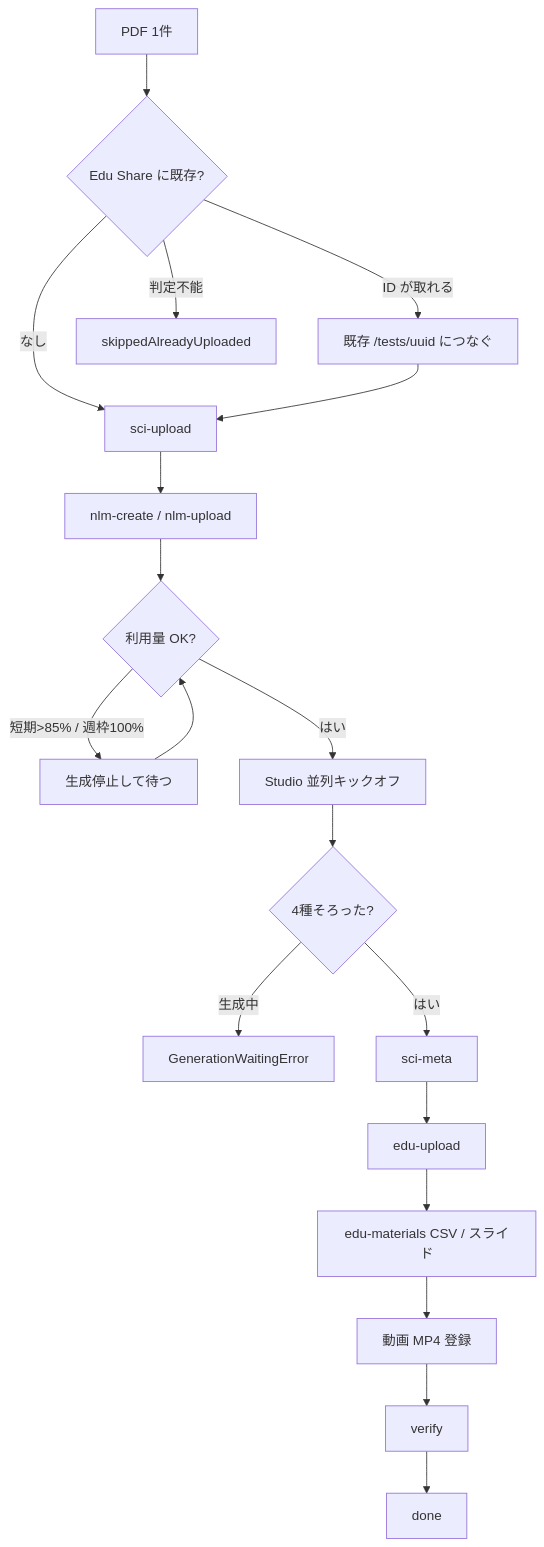
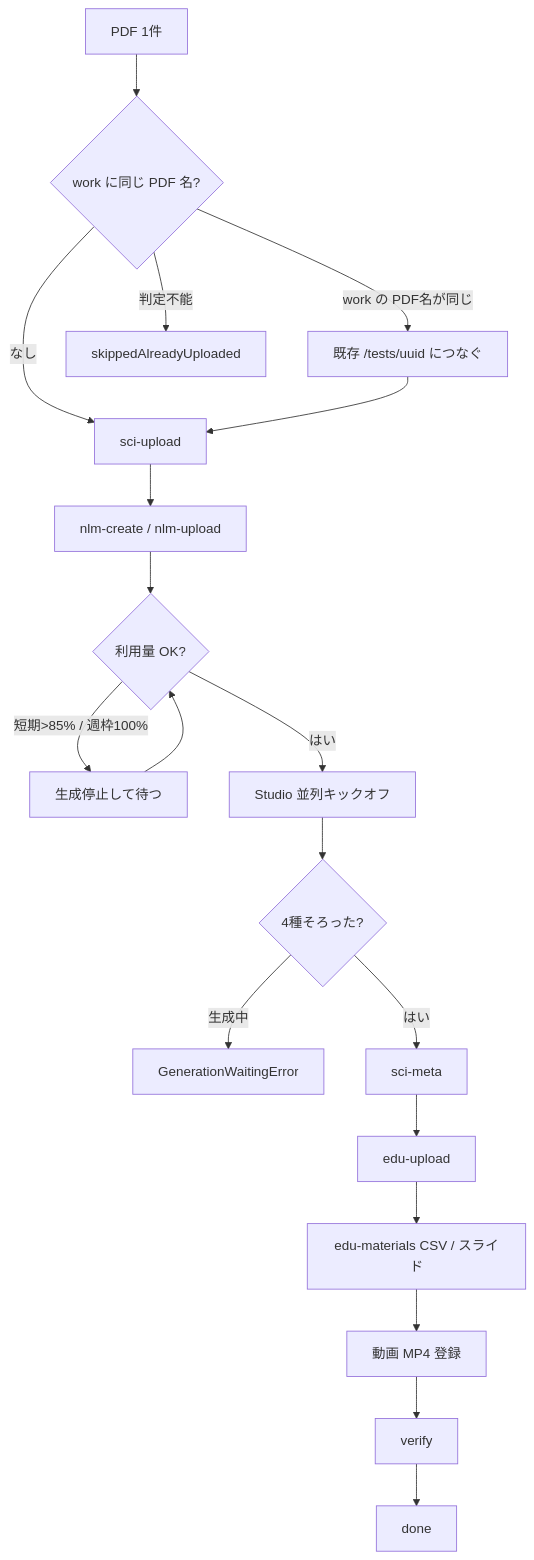
One commit to doren-hub/Edu-Share changed the second of 4 diagrams in tools/paper-pipeline/docs/flow.md. Above: the diagram before and after it, drawn with Mermaid. The commit also changed other lines of this file and 45 other files, not shown here.

````diff
--- a/tools/paper-pipeline/docs/flow.md
+++ b/tools/paper-pipeline/docs/flow.md
@@ -42,21 +42,21 @@
 ```mermaid
 flowchart TD
-  start[PDF 1件] --> exist{Edu Share に既存?}
-  exist -->|ID が取れる| adopt[既存 /tests/uuid につなぐ]
+  start[PDF 1件] --> exist{work に同じ PDF 名?}
+  exist -->|work の PDF名が同じ| adopt[既存 /tests/uuid につなぐ]
   exist -->|判定不能| skip[skippedAlreadyUploaded]
   exist -->|なし| sciUp
   adopt --> sciUp
   sciUp[sci-upload] --> nlm[nlm-create / nlm-upload]
   nlm --> quota{利用量 OK?}
   quota -->|短期>85% / 週枠100%| pause[生成停止して待つ]
   pause --> quota
   quota -->|はい| studio[Studio 並列キックオフ]
   studio --> wait{4種そろった?}
   wait -->|生成中| yield[GenerationWaitingError]
   wait -->|はい| sciMeta[sci-meta]
   sciMeta --> eduUp[edu-upload]
   eduUp --> mat[edu-materials CSV / スライド]
   mat --> vid[動画 MP4 登録]
   vid --> ver[verify]
   ver --> done[done]
 ```
````
